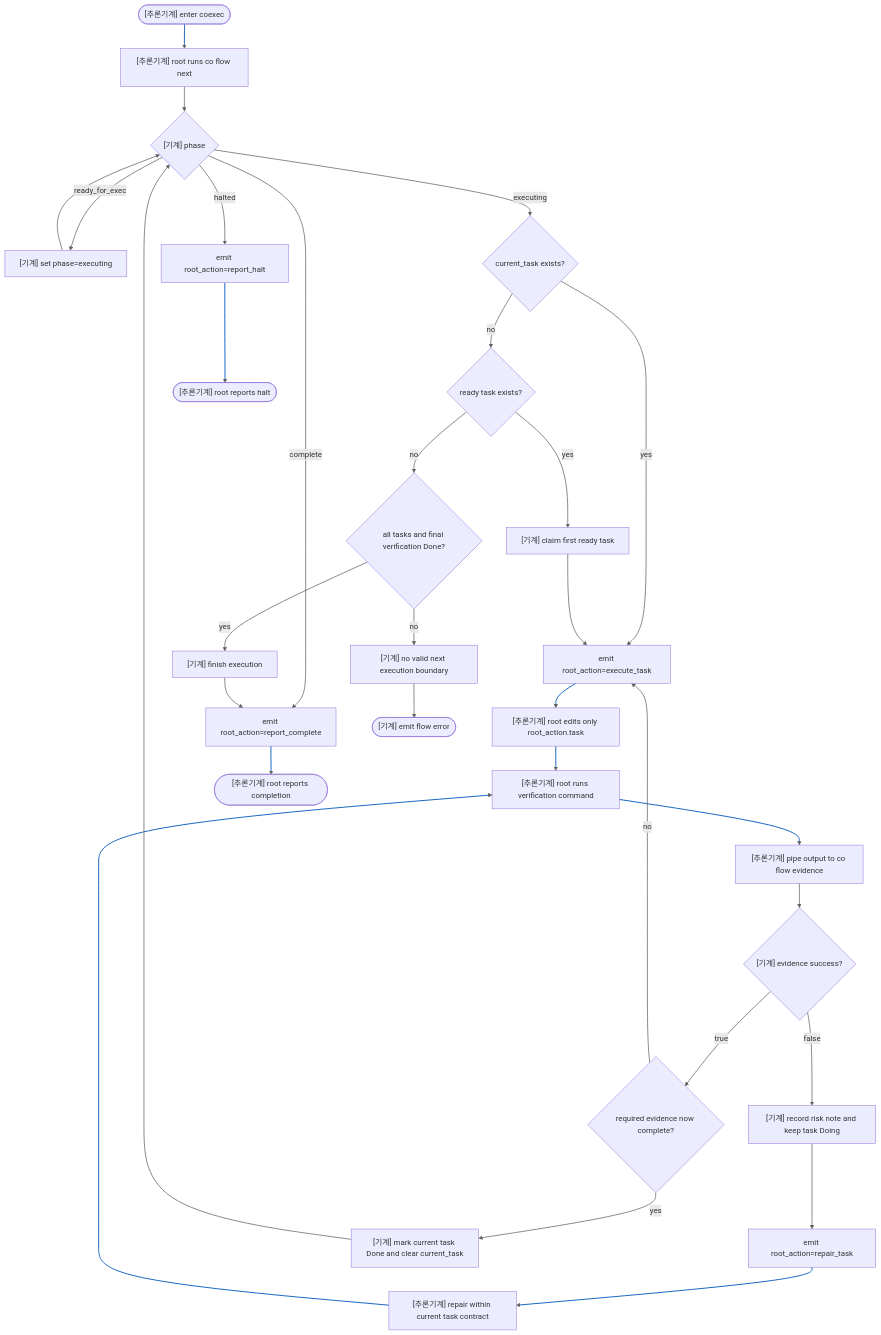
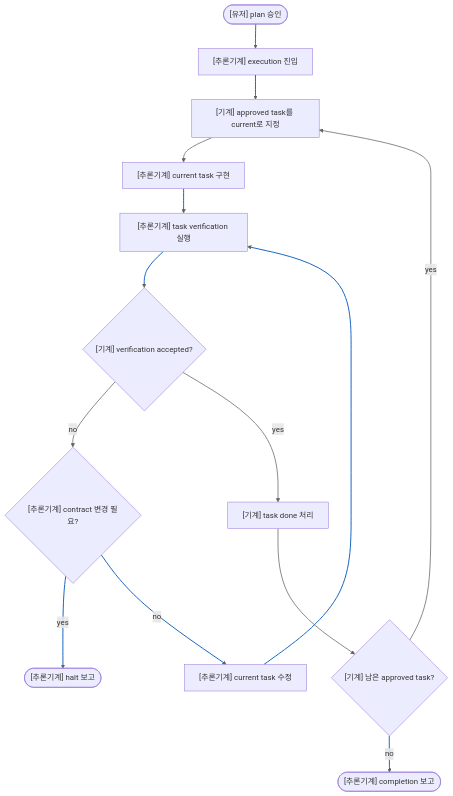
The second of 2 diagrams in COEXEC.md (mym0404/coflow), drawn with Mermaid before and after one commit. The commit also changed other lines of this file and 7 other files, not shown here.

Commit message:
fix: tighten co flow root contract

````diff
--- a/COEXEC.md
+++ b/COEXEC.md
@@ -44,45 +44,33 @@
 ```mermaid
 flowchart TD
-  Start(["[추론기계] enter coexec"])
-  Next["[추론기계] root runs co flow next"]
-  Phase{"[기계] phase"}
+  Start(["[유저] plan 승인"])
+  Handoff["[추론기계] execution 진입"]
+  Task["[기계] approved task를 current로 지정"]
+  Implement["[추론기계] current task 구현"]
+  Verify["[추론기계] task verification 실행"]
+  Evidence{"[기계] verification accepted?"}
+  Blocked{"[추론기계] contract 변경 필요?"}
+  Repair["[추론기계] current task 수정"]
+  Halt(["[추론기계] halt 보고"])
+  Done["[기계] task done 처리"]
+  More{"[기계] 남은 approved task?"}
+  Complete(["[추론기계] completion 보고"])
 
-  Start --> Next --> Phase
-
-  Phase -->|ready_for_exec| StartExec["[기계] set phase=executing"]
-  StartExec --> Phase
-  Phase -->|executing| Current{"current_task exists?"}
-  Phase -->|halted| EmitHalt["emit root_action=report_halt"]
-  Phase -->|complete| EmitComplete["emit root_action=report_complete"]
-
-  Current -->|yes| EmitExecute["emit root_action=execute_task"]
-  Current -->|no| Ready{"ready task exists?"}
-  Ready -->|yes| Claim["[기계] claim first ready task"]
-  Claim --> EmitExecute
-  Ready -->|no| Finish{"all tasks and final verification Done?"}
-  Finish -->|yes| MarkComplete["[기계] finish execution"]
-  MarkComplete --> EmitComplete
-  Finish -->|no| HaltNeeded["[기계] no valid next execution boundary"]
-
-  EmitExecute --> Implement["[추론기계] root edits only root_action.task"]
-  Implement --> Verify["[추론기계] root runs verification command"]
-  Verify --> Evidence["[추론기계] pipe output to co flow evidence"]
-  Evidence --> EvidenceResult{"[기계] evidence success?"}
-
-  EvidenceResult -->|false| Risk["[기계] record risk note and keep task Doing"]
-  Risk --> EmitRepair["emit root_action=repair_task"]
-  EmitRepair --> Repair["[추론기계] repair within current task contract"]
+  Start --> Handoff
+  Handoff --> Task
+  Task --> Implement
+  Implement --> Verify
+  Verify --> Evidence
+  Evidence -->|no| Blocked
+  Blocked -->|yes| Halt
+  Blocked -->|no| Repair
   Repair --> Verify
-
-  EvidenceResult -->|true| Required{"required evidence now complete?"}
-  Required -->|no| EmitExecute
-  Required -->|yes| Done["[기계] mark current task Done and clear current_task"]
-  Done --> Phase
-
-  EmitHalt --> ReportHalt(["[추론기계] root reports halt"])
-  EmitComplete --> ReportComplete(["[추론기계] root reports completion"])
-  HaltNeeded --> FlowError(["[기계] emit flow error"])
+  Evidence -->|yes| Done
+  Done --> More
+  More -->|yes| Task
+  More -->|no| Complete
 
   linkStyle default stroke:#616161,stroke-width:1.5px
-  linkStyle 0,15,16,17,21,22,27,28 stroke:#1565c0,stroke-width:2px
+  linkStyle 0 stroke:#2e7d32,stroke-width:2px
+  linkStyle 1,3,4,6,7,8,12 stroke:#1565c0,stroke-width:2px
 ```
````
